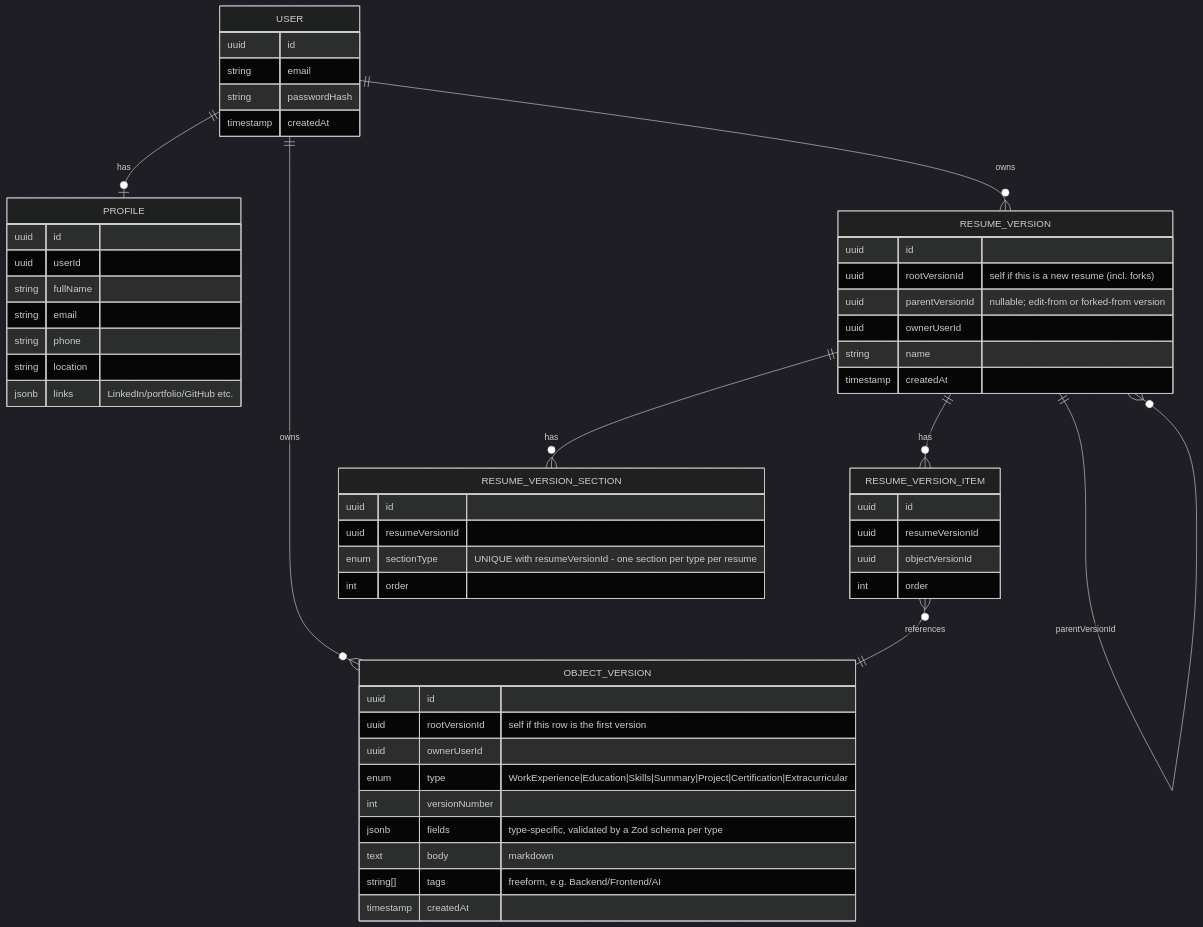
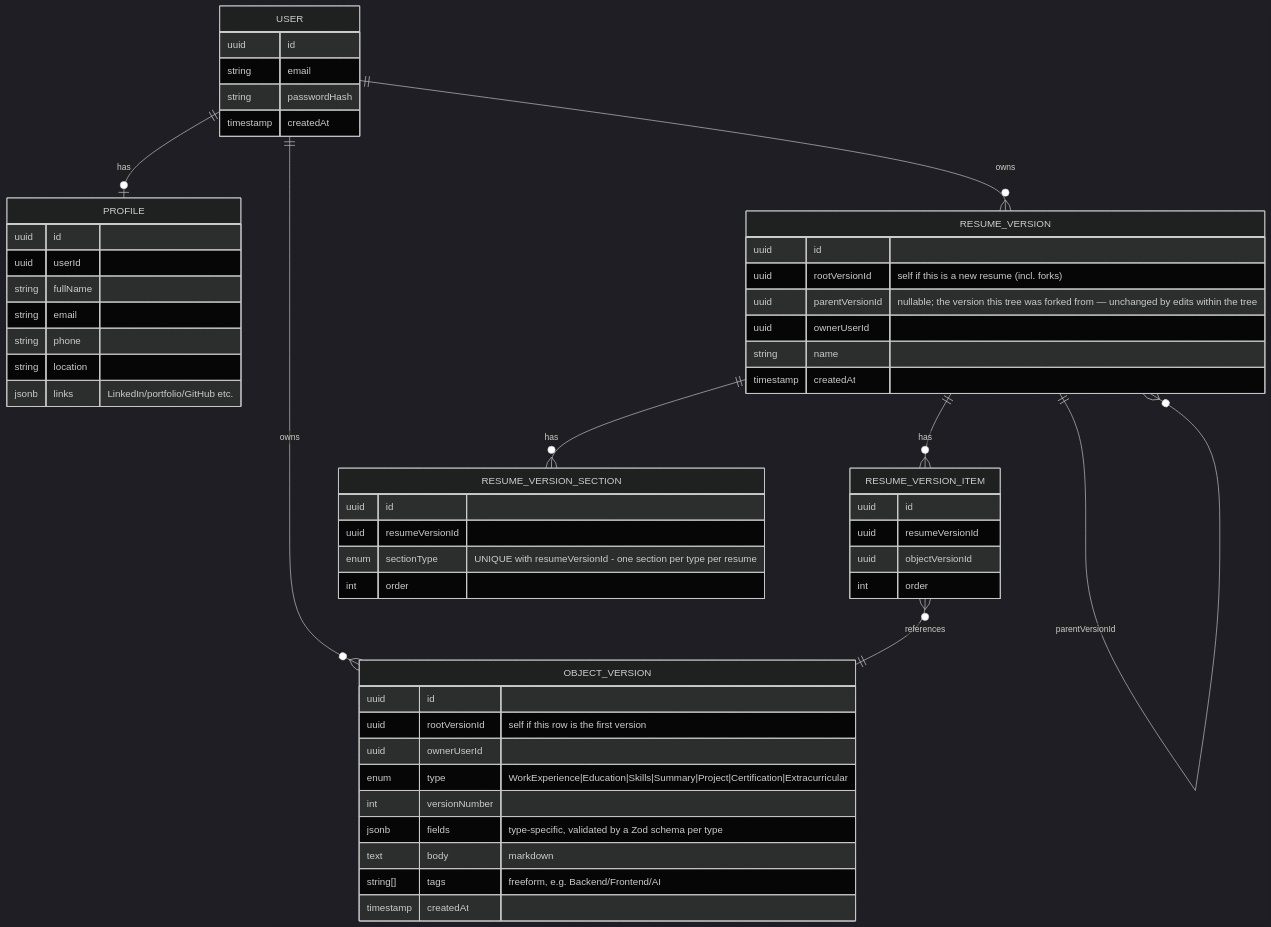
One commit to NiceKim/career-profile changed the second of 5 diagrams in docs/superpowers/specs/2026-08-16-resume-version-control-design.md. Above: the diagram before and after it, drawn with Mermaid (dark theme). The commit also changed other lines of this file and 3 other files, not shown here.

First line of the commit message:
fix: parentVersionId propagates through edits, doesn't chain to edited-from version

````diff
--- a/docs/superpowers/specs/2026-08-16-resume-version-control-design.md
+++ b/docs/superpowers/specs/2026-08-16-resume-version-control-design.md
@@ -48,57 +48,57 @@
 ```mermaid
 erDiagram
     USER ||--o| PROFILE : has
     USER ||--o{ OBJECT_VERSION : owns
     USER ||--o{ RESUME_VERSION : owns
     RESUME_VERSION ||--o{ RESUME_VERSION_SECTION : has
     RESUME_VERSION ||--o{ RESUME_VERSION_ITEM : has
     RESUME_VERSION_ITEM }o--|| OBJECT_VERSION : references
     RESUME_VERSION ||--o{ RESUME_VERSION : parentVersionId
 
     USER {
         uuid id
         string email
         string passwordHash
         timestamp createdAt
     }
     PROFILE {
         uuid id
         uuid userId
         string fullName
         string email
         string phone
         string location
         jsonb links "LinkedIn/portfolio/GitHub etc."
     }
     OBJECT_VERSION {
         uuid id
         uuid rootVersionId "self if this row is the first version"
         uuid ownerUserId
         enum type "WorkExperience|Education|Skills|Summary|Project|Certification|Extracurricular"
         int versionNumber
         jsonb fields "type-specific, validated by a Zod schema per type"
         text body "markdown"
         string[] tags "freeform, e.g. Backend/Frontend/AI"
         timestamp createdAt
     }
     RESUME_VERSION {
         uuid id
         uuid rootVersionId "self if this is a new resume (incl. forks)"
-        uuid parentVersionId "nullable; edit-from or forked-from version"
+        uuid parentVersionId "nullable; the version this tree was forked from — unchanged by edits within the tree"
         uuid ownerUserId
         string name
         timestamp createdAt
     }
     RESUME_VERSION_SECTION {
         uuid id
         uuid resumeVersionId
         enum sectionType "UNIQUE with resumeVersionId - one section per type per resume"
         int order
     }
     RESUME_VERSION_ITEM {
         uuid id
         uuid resumeVersionId
         uuid objectVersionId
         int order
     }
 ```
````
